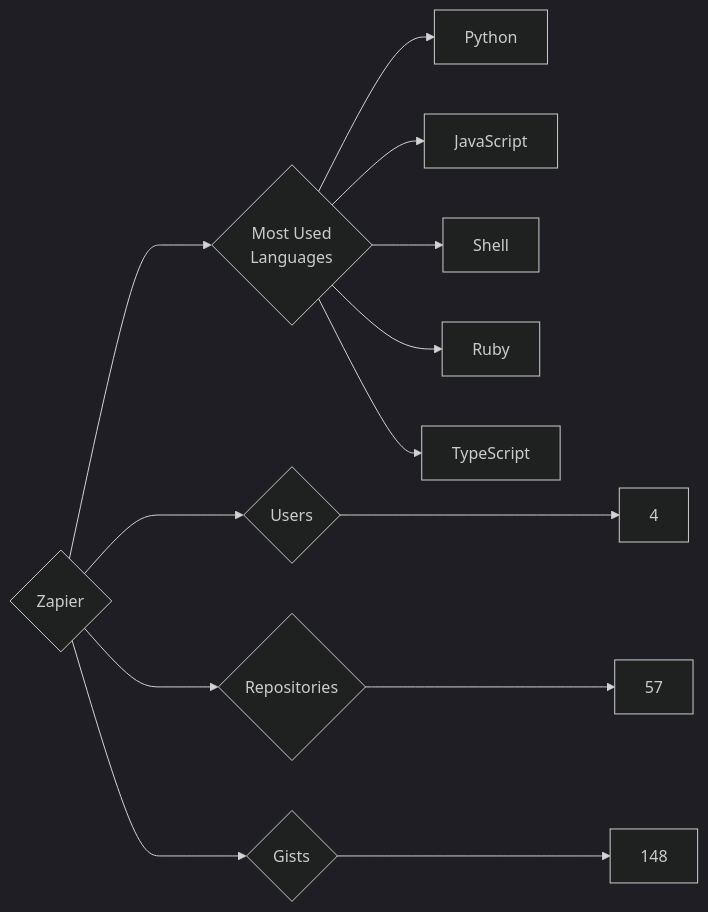
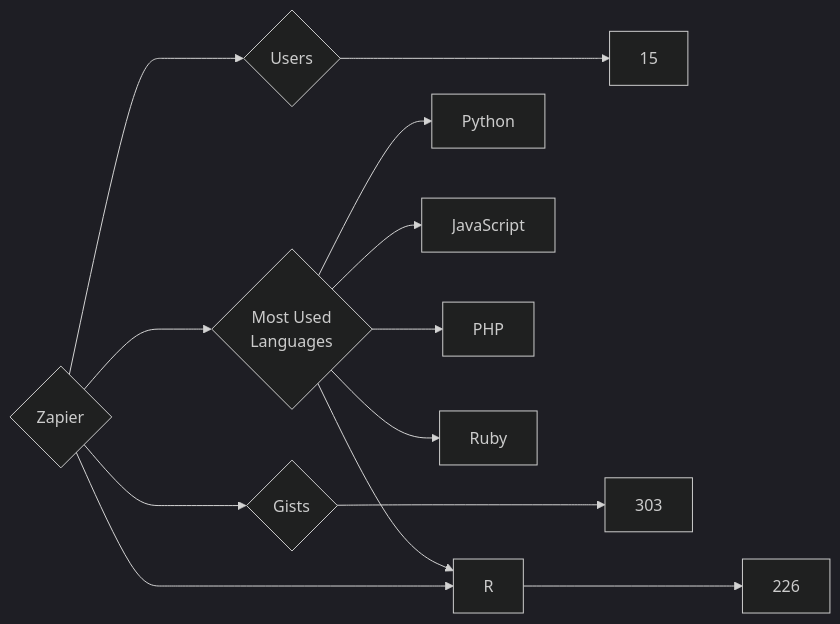
The diagram in targets/Zapier/README.md (trickest/insiders), drawn with Mermaid (dark theme) before and after one commit. The commit also changed 948 other files, not shown here.

````diff
--- a/targets/Zapier/README.md
+++ b/targets/Zapier/README.md
@@ -3,13 +3,13 @@
 ```mermaid
 graph LR
 COMPANY_NAME{Zapier}
-COMPANY_NAME ---> U{Users} ---> UN[4]
-COMPANY_NAME ---> R{Repositories} ---> RN[57]
-COMPANY_NAME ---> G{Gists} ---> GN[148]
+COMPANY_NAME ---> U{Users} ---> UN[15]
+COMPANY_NAME ---> R{Repositories} ---> RN[226]
+COMPANY_NAME ---> G{Gists} ---> GN[303]
 COMPANY_NAME ---> ML{Most Used<br>Languages}
 ML --> Python[Python]
 ML --> JavaScript[JavaScript]
-ML --> Shell[Shell]
+ML --> R[R]
+ML --> PHP[PHP]
 ML --> Ruby[Ruby]
-ML --> TypeScript[TypeScript]
 ```
````
